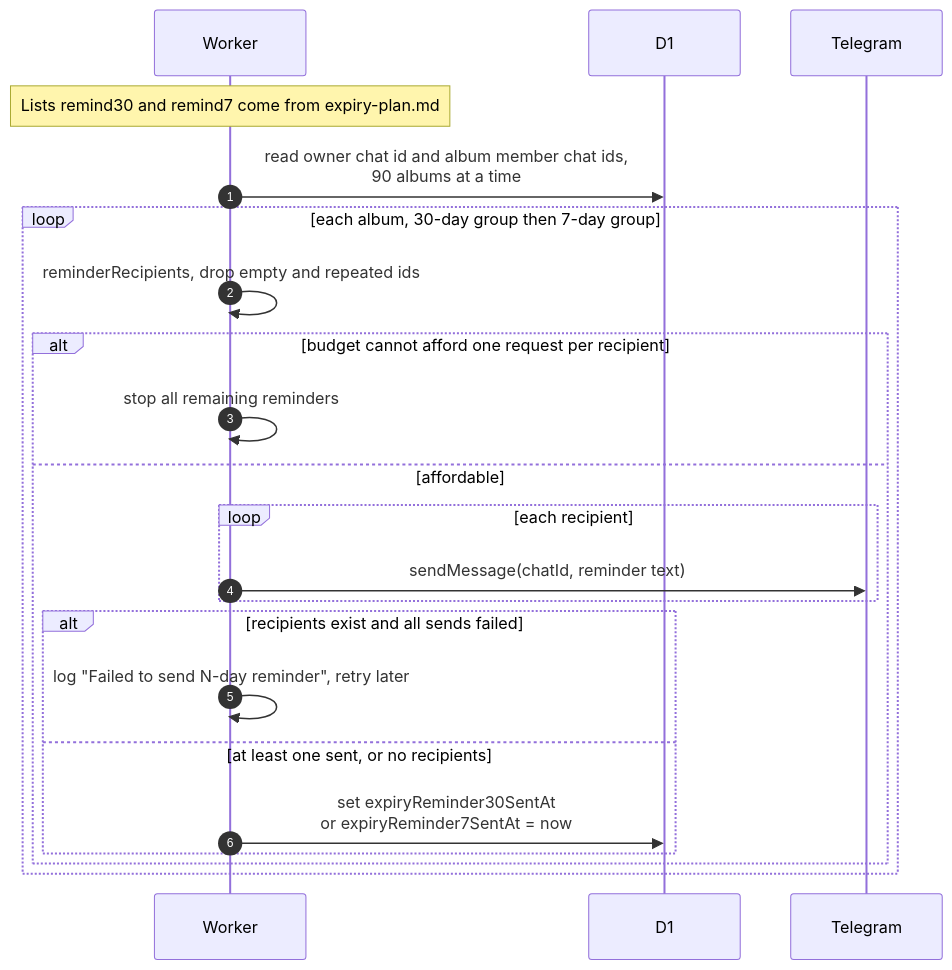
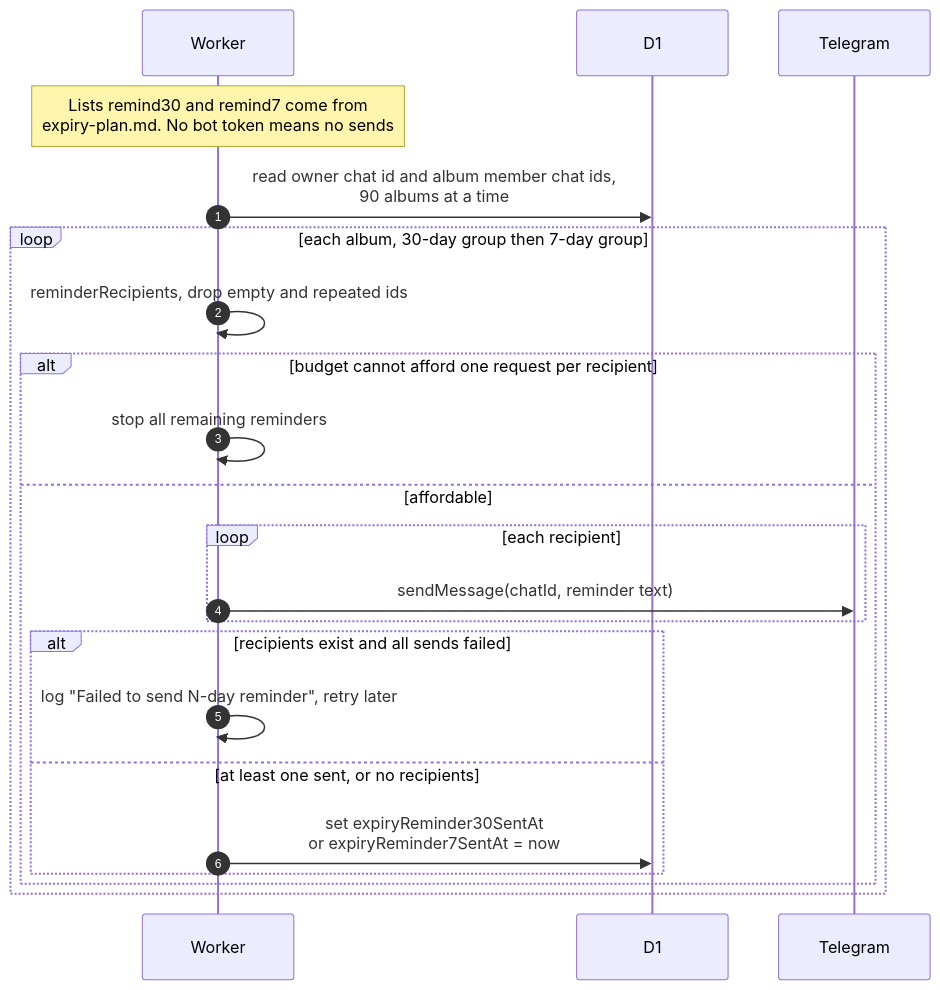
One commit to sagyzdop/meriksirat changed the diagram in docs/scenarios/cron/albums-and-housekeeping/expiry-reminders.md. Above: the diagram before and after it, drawn with Mermaid. The commit also changed other lines of this file and 10 other files, not shown here.

Commit message:
docs(scenarios): verify cron albums-and-housekeeping diagrams against code

````diff
--- a/docs/scenarios/cron/albums-and-housekeeping/expiry-reminders.md
+++ b/docs/scenarios/cron/albums-and-housekeeping/expiry-reminders.md
@@ -29,24 +34,24 @@
 ```mermaid
 sequenceDiagram
     autonumber
     participant Worker
     participant D1
     participant Telegram
-    Note over Worker: Lists remind30 and remind7 come from expiry-plan.md
+    Note over Worker: Lists remind30 and remind7 come from<br/>expiry-plan.md. No bot token means no sends
     Worker->>D1: read owner chat id and album member chat ids,<br/>90 albums at a time
     loop each album, 30-day group then 7-day group
         Worker->>Worker: reminderRecipients, drop empty and repeated ids
         alt budget cannot afford one request per recipient
             Worker->>Worker: stop all remaining reminders
         else affordable
             loop each recipient
                 Worker->>Telegram: sendMessage(chatId, reminder text)
             end
             alt recipients exist and all sends failed
                 Worker->>Worker: log "Failed to send N-day reminder", retry later
             else at least one sent, or no recipients
                 Worker->>D1: set expiryReminder30SentAt<br/>or expiryReminder7SentAt = now
             end
         end
     end
 ```
````
